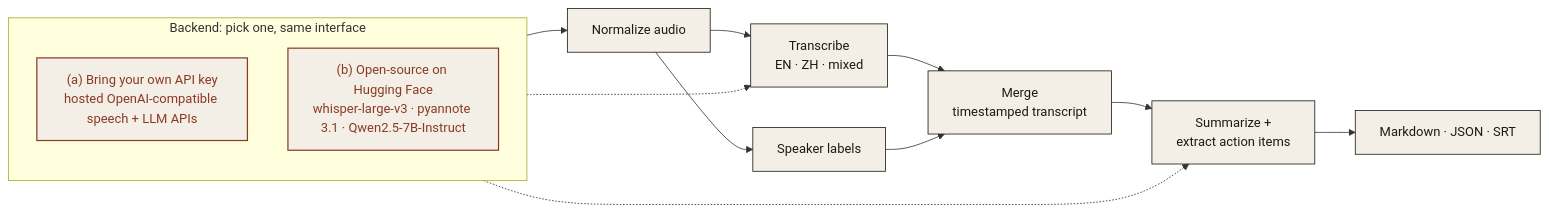
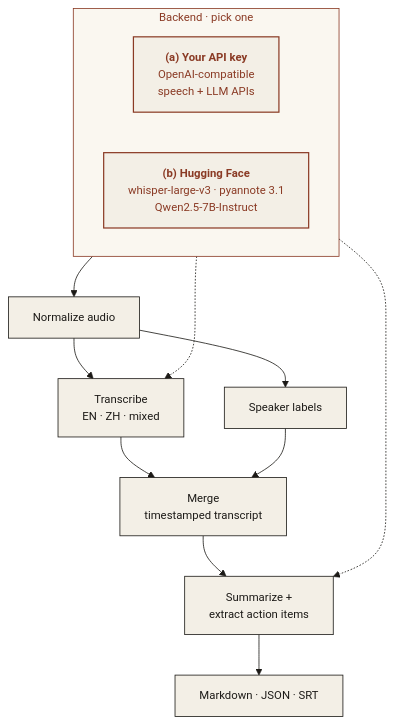
One commit to ModelShifts/meeting-notes changed the diagram in README.md. Above: the diagram before and after it, drawn with Mermaid.

Commit message:
Tidy architecture diagram layout and theme

````diff
--- a/README.md
+++ b/README.md
@@ -26,20 +26,22 @@
 ```mermaid
-flowchart LR
+%%{init: {"theme":"base","flowchart":{"curve":"basis","wrappingWidth":260},"themeVariables":{"fontFamily":"Georgia, Times New Roman, serif","fontSize":"14px","primaryColor":"#f3efe6","primaryTextColor":"#1c1a17","primaryBorderColor":"#1c1a17","lineColor":"#1c1a17","clusterBkg":"#faf7f0","clusterBorder":"#8a3a24","titleColor":"#8a3a24","edgeLabelBackground":"#f3efe6"}}}%%
+flowchart TB
   A["Recording<br/>mp3 · m4a · wav"]:::ink --> N["Normalize audio"]:::ink
   N --> T["Transcribe<br/>EN · ZH · mixed"]:::ink
   N --> SP["Speaker labels"]:::ink
   T --> M["Merge<br/>timestamped transcript"]:::ink
   SP --> M
   M --> S["Summarize +<br/>extract action items"]:::ink
   S --> O["Markdown · JSON · SRT"]:::ink
-  subgraph BK["Backend: pick one, same interface"]
-    direction TB
-    A["(a) Bring your own API key<br/>hosted OpenAI-compatible speech + LLM APIs"]:::rust
-    H["(b) Open-source on Hugging Face<br/>whisper-large-v3 · pyannote 3.1 · Qwen2.5-7B-Instruct"]:::rust
+  subgraph BK["Backend · pick one"]
+    direction LR
+    A["<b>(a) Your API key</b><br/>OpenAI-compatible<br/>speech + LLM APIs"]:::rust
+    H["<b>(b) Hugging Face</b><br/>whisper-large-v3 · pyannote 3.1<br/>Qwen2.5-7B-Instruct"]:::rust
   end
   BK -.-> T
   BK -.-> S
 
+  classDef cl fill:#faf7f0,stroke:#8a3a24,stroke-dasharray:4 3,color:#8a3a24;
   classDef ink fill:#f3efe6,stroke:#1c1a17,color:#1c1a17,stroke-width:1px;
   classDef rust fill:#f3efe6,stroke:#8a3a24,color:#8a3a24,stroke-width:1.5px;
 ```
````
